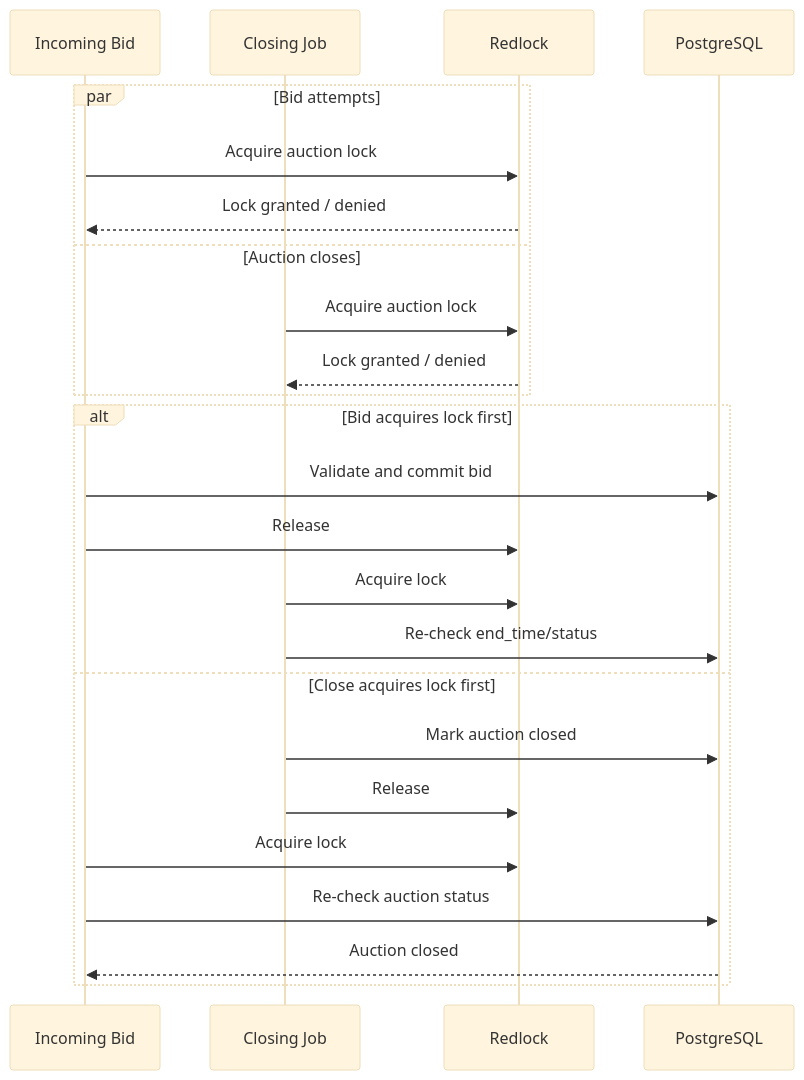
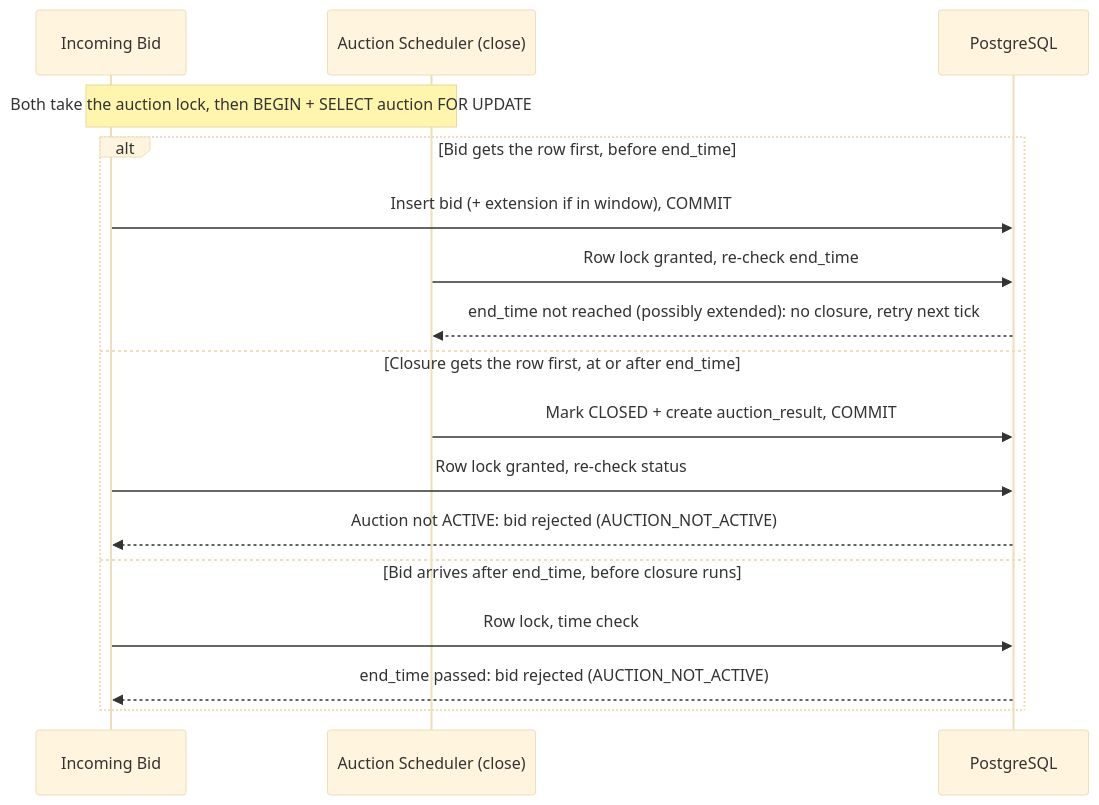
Before and after one commit to ghadi0alzhrani0/Mezyad: diagram 11 of 12 in Stage_3/Report.MD, drawn with Mermaid (base theme). The commit also changed other lines of this file, not shown here.

````diff
--- a/Stage_3/Report.MD
+++ b/Stage_3/Report.MD
@@ -699,26 +746,19 @@
 ```mermaid
 sequenceDiagram
     participant Bid as Incoming Bid
-    participant Close as Closing Job
-    participant Lock as Redlock
+    participant Close as Auction Scheduler (close)
     participant DB as PostgreSQL
-    par Bid attempts
-        Bid->>Lock: Acquire auction lock
-        Lock-->>Bid: Lock granted / denied
-    and Auction closes
-        Close->>Lock: Acquire auction lock
-        Lock-->>Close: Lock granted / denied
-    end
-    alt Bid acquires lock first
-        Bid->>DB: Validate and commit bid
-        Bid->>Lock: Release
-        Close->>Lock: Acquire lock
-        Close->>DB: Re-check end_time/status
-    else Close acquires lock first
-        Close->>DB: Mark auction closed
-        Close->>Lock: Release
-        Bid->>Lock: Acquire lock
-        Bid->>DB: Re-check auction status
-        DB-->>Bid: Auction closed
+    Note over Bid,Close: Both take the auction lock, then BEGIN + SELECT auction FOR UPDATE
+    alt Bid gets the row first, before end_time
+        Bid->>DB: Insert bid (+ extension if in window), COMMIT
+        Close->>DB: Row lock granted, re-check end_time
+        DB-->>Close: end_time not reached (possibly extended): no closure, retry next tick
+    else Closure gets the row first, at or after end_time
+        Close->>DB: Mark CLOSED + create auction_result, COMMIT
+        Bid->>DB: Row lock granted, re-check status
+        DB-->>Bid: Auction not ACTIVE: bid rejected (AUCTION_NOT_ACTIVE)
+    else Bid arrives after end_time, before closure runs
+        Bid->>DB: Row lock, time check
+        DB-->>Bid: end_time passed: bid rejected (AUCTION_NOT_ACTIVE)
     end
 ```
````
